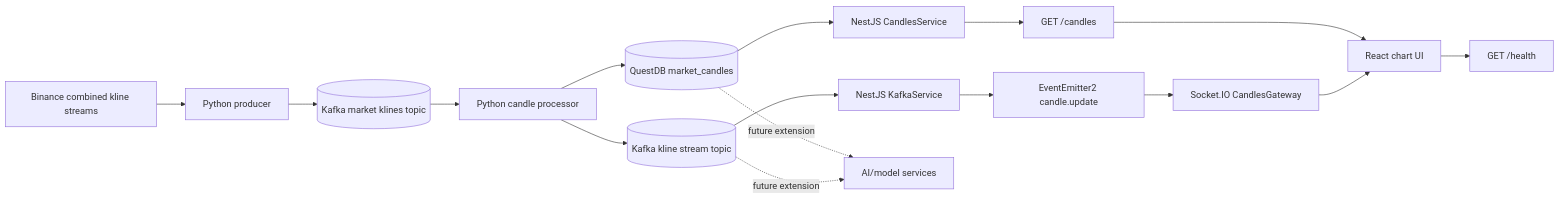
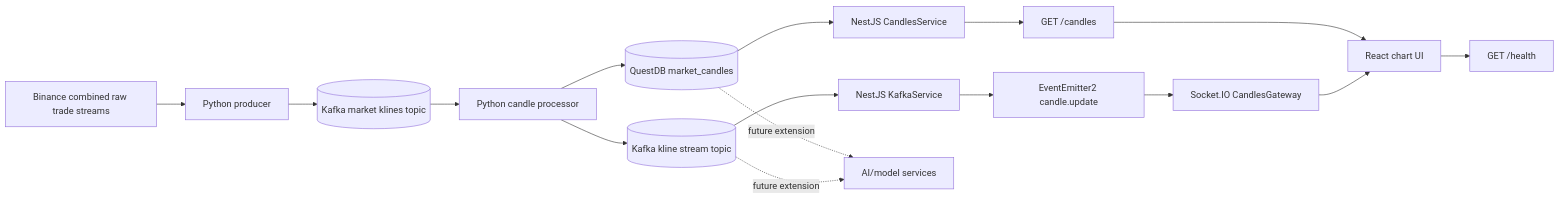
One commit to Zane-Theodore/NexTick changed the diagram in README.md. Above: the diagram before and after it, drawn with Mermaid. The commit also changed other lines of this file and 5 other files, not shown here.

Commit message:
chore: update documentation to reflect changes in data ingestion from Binance raw trades and processing flow

````diff
--- a/README.md
+++ b/README.md
@@ -24,21 +24,21 @@
 ```mermaid
 flowchart LR
-  binance["Binance combined kline streams"] --> producer["Python producer"]
+  binance["Binance combined raw trade streams"] --> producer["Python producer"]
   producer --> marketKlines[("Kafka market klines topic")]
   marketKlines --> processor["Python candle processor"]
   processor --> questdb[("QuestDB market_candles")]
   processor --> kline[("Kafka kline stream topic")]
 
   questdb --> backendRest["NestJS CandlesService"]
   backendRest --> rest["GET /candles"]
   kline --> kafkaConsumer["NestJS KafkaService"]
   kafkaConsumer --> eventBus["EventEmitter2 candle.update"]
   eventBus --> gateway["Socket.IO CandlesGateway"]
 
   rest --> frontend["React chart UI"]
   gateway --> frontend
   frontend --> health["GET /health"]
 
   questdb -. future extension .-> ai["AI/model services"]
   kline -. future extension .-> ai
 ```
````
